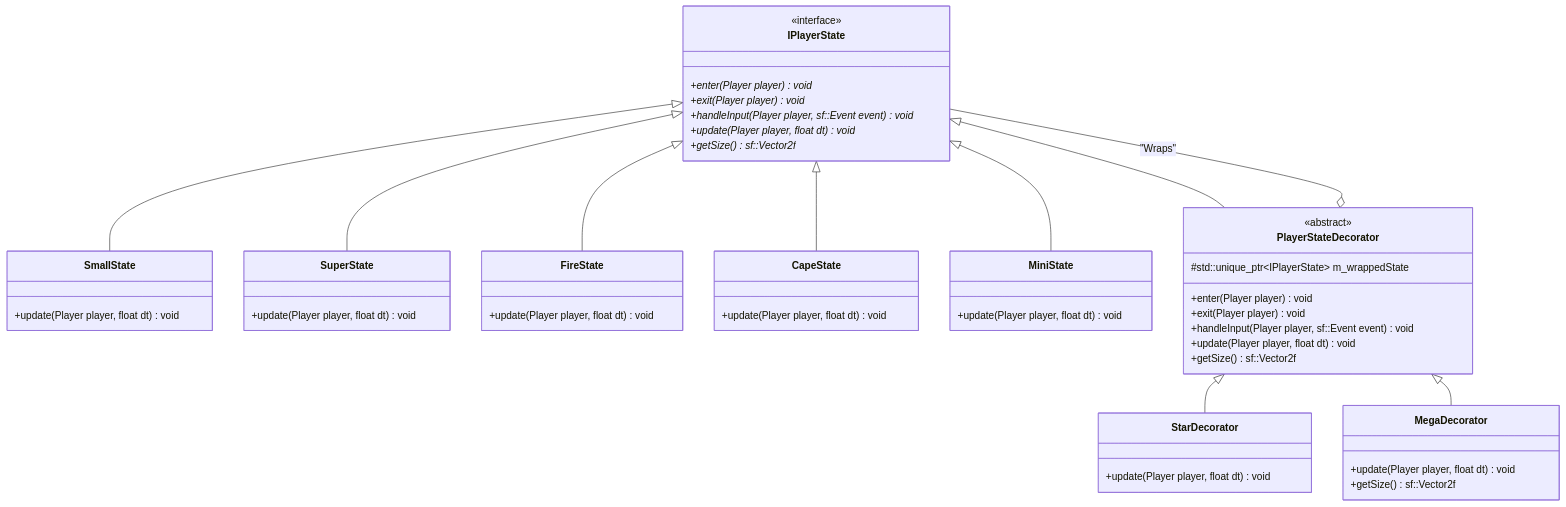
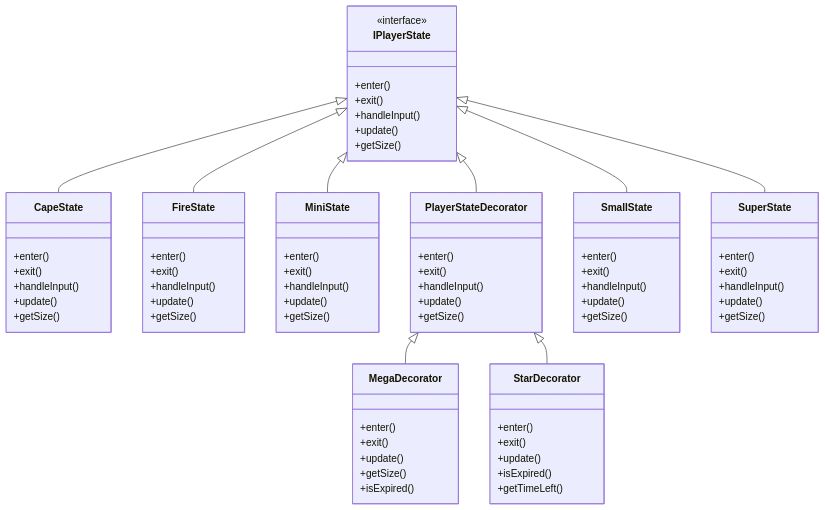
Before and after one commit to ndmhuy/SuperMarioGame: the fifth of 6 diagrams in class_diagram.md, drawn with Mermaid. The commit also changed other lines of this file and 5 other files, not shown here.

First line of the commit message:
docs(report): real UML, generated from the headers, and the project's own history

````diff
--- a/class_diagram.md
+++ b/class_diagram.md
@@ -277,46 +624,75 @@
 ```mermaid
 classDiagram
     class IPlayerState {
         <<interface>>
-        +enter(Player player) void*
-        +exit(Player player) void*
-        +handleInput(Player player, sf::Event event) void*
-        +update(Player player, float dt) void*
-        +getSize() sf::Vector2f*
+        +enter()
+        +exit()
+        +handleInput()
+        +update()
+        +getSize()
     }
-
-    class SmallState { +update(Player player, float dt) void }
-    class SuperState { +update(Player player, float dt) void }
-    class FireState { +update(Player player, float dt) void }
-    class CapeState { +update(Player player, float dt) void }
-    class MiniState { +update(Player player, float dt) void }
-
+    class CapeState {
+        +enter()
+        +exit()
+        +handleInput()
+        +update()
+        +getSize()
+    }
+    class FireState {
+        +enter()
+        +exit()
+        +handleInput()
+        +update()
+        +getSize()
+    }
+    class MiniState {
+        +enter()
+        +exit()
+        +handleInput()
+        +update()
+        +getSize()
+    }
     class PlayerStateDecorator {
-        <<abstract>>
-        #std::unique_ptr~IPlayerState~ m_wrappedState
-        +enter(Player player) void
-        +exit(Player player) void
-        +handleInput(Player player, sf::Event event) void
-        +update(Player player, float dt) void
-        +getSize() sf::Vector2f
+        +enter()
+        +exit()
+        +handleInput()
+        +update()
+        +getSize()
     }
-
+    class MegaDecorator {
+        +enter()
+        +exit()
+        +update()
+        +getSize()
+        +isExpired()
+    }
     class StarDecorator {
-        +update(Player player, float dt) void
+        +enter()
+        +exit()
+        +update()
+        +isExpired()
+        +getTimeLeft()
     }
-
-    class MegaDecorator {
-        +update(Player player, float dt) void
-        +getSize() sf::Vector2f
+    class SmallState {
+        +enter()
+        +exit()
+        +handleInput()
+        +update()
+        +getSize()
     }
-
+    class SuperState {
+        +enter()
+        +exit()
+        +handleInput()
+        +update()
+        +getSize()
+    }
+    IPlayerState <|-- CapeState
+    IPlayerState <|-- FireState
+    IPlayerState <|-- MiniState
+    IPlayerState <|-- PlayerStateDecorator
+    PlayerStateDecorator <|-- MegaDecorator
+    PlayerStateDecorator <|-- StarDecorator
     IPlayerState <|-- SmallState
     IPlayerState <|-- SuperState
-    IPlayerState <|-- FireState
-    IPlayerState <|-- CapeState
-    IPlayerState <|-- MiniState
-    IPlayerState <|-- PlayerStateDecorator
-    PlayerStateDecorator <|-- StarDecorator
-    PlayerStateDecorator <|-- MegaDecorator
-    PlayerStateDecorator o-- IPlayerState : "Wraps"
 ```
````
